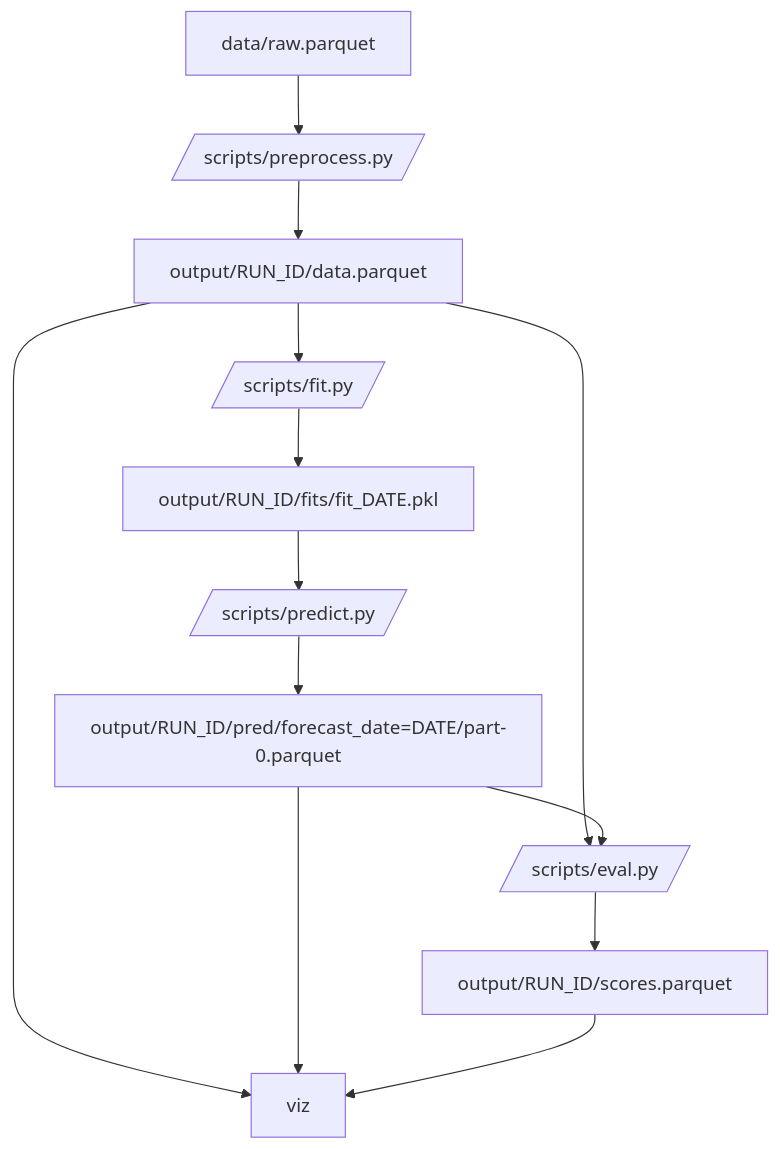
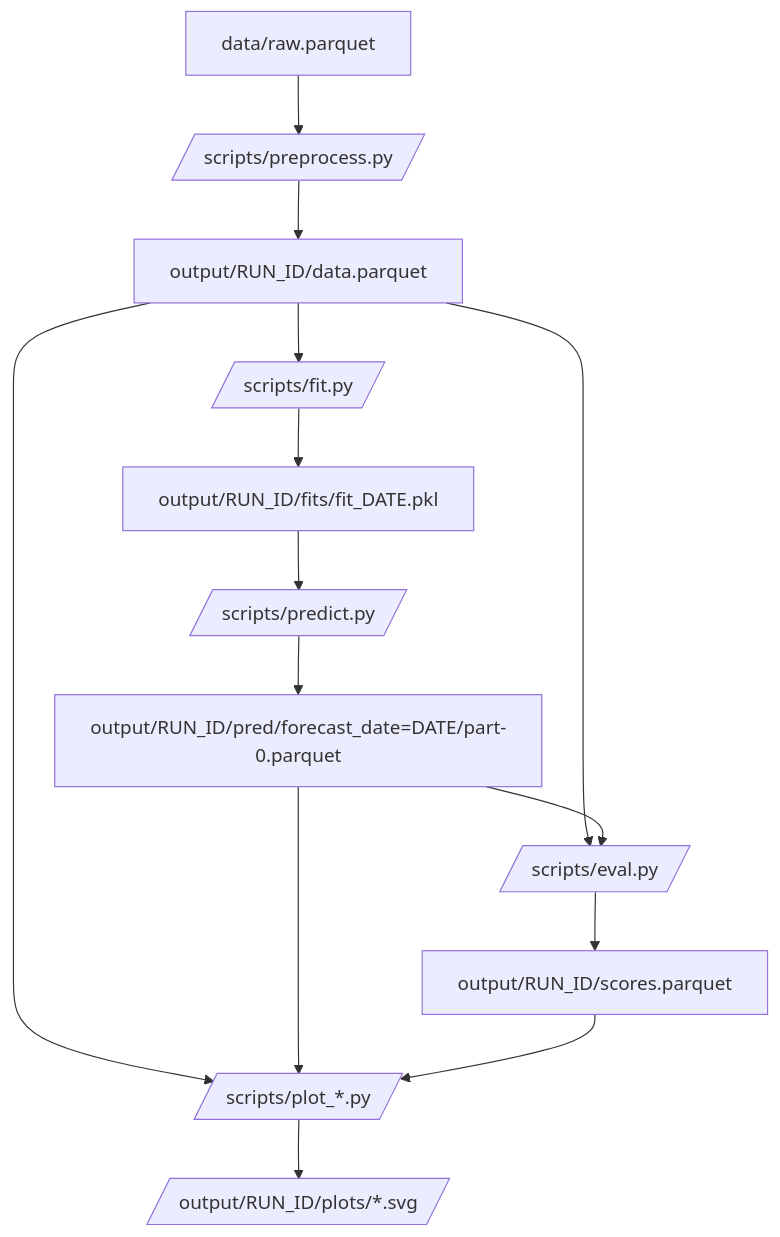
The diagram in README.md (CDCgov/cfa-immunization-uptake-projection), drawn with Mermaid before and after one commit. The commit also changed other lines of this file and 6 other files, not shown here.

````diff
--- a/README.md
+++ b/README.md
@@ -40,20 +38,23 @@
 ```mermaid
 flowchart TB;
 
 data[output/RUN_ID/data.parquet];
 pred[output/RUN_ID/pred/forecast_date=DATE/part-0.parquet];
 scores[output/RUN_ID/scores.parquet];
 preprocess[/scripts/preprocess.py/];
 fit[/scripts/fit.py/];
 predict[/scripts/predict.py/];
 eval[/scripts/eval.py/];
+viz[/scripts/plot_*.py/];
+plots[/output/RUN_ID/plots/*.svg/]
 
 data/raw.parquet --> preprocess --> data --> fit --> output/RUN_ID/fits/fit_DATE.pkl --> predict --> pred;
 
 data --> eval;
 pred--> eval -->scores;
 
 data --> viz;
 pred --> viz;
 scores --> viz;
+viz --> plots;
 ```
````
